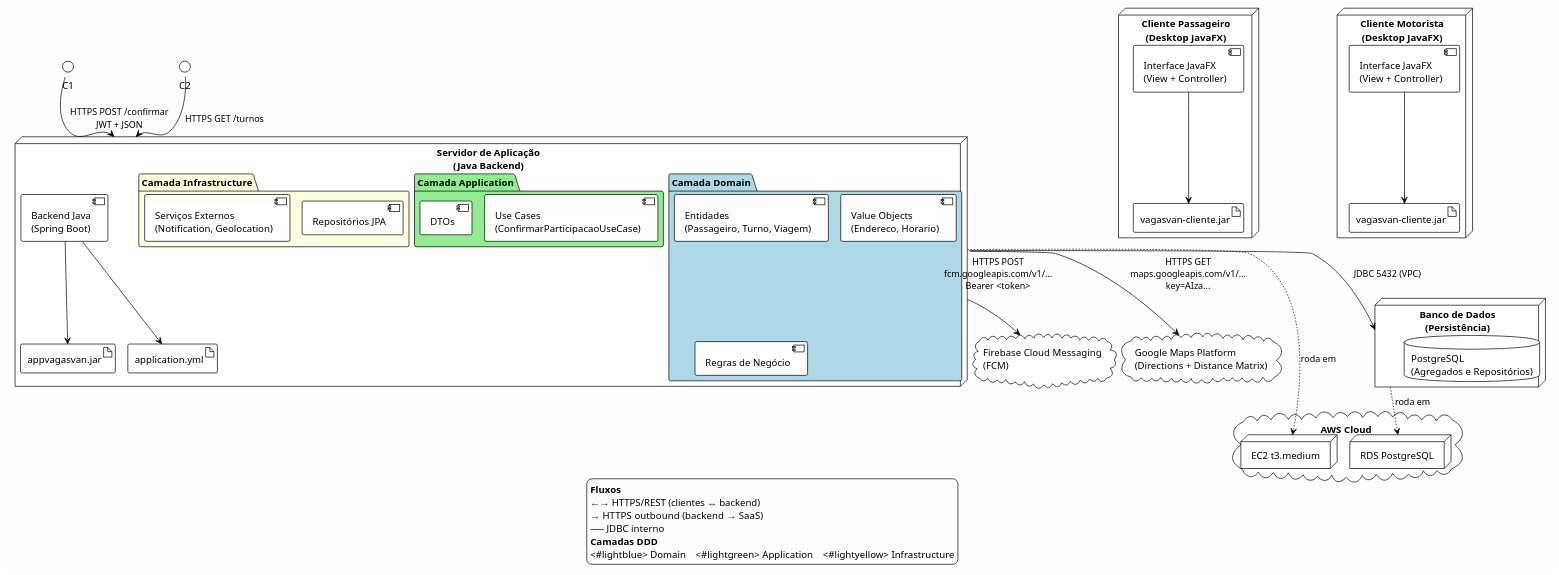
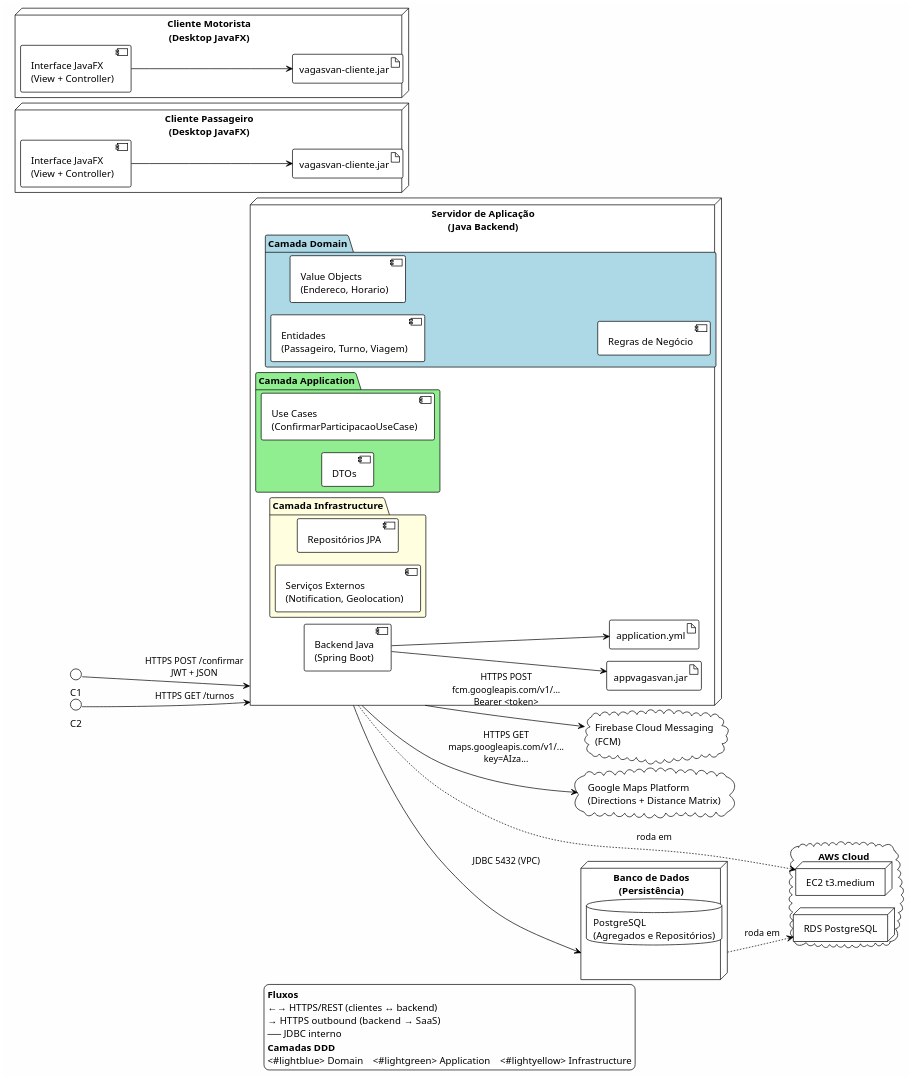
Before and after one commit to ps-es-2025-2/grupo1: the diagram in doc/DiagramFisico.plantuml, drawn with PlantUML.

Commit message:
Minor changes to improve style

```diff
--- a/doc/DiagramFisico.plantuml
+++ b/doc/DiagramFisico.plantuml
@@ -1,75 +1,77 @@
 @startuml
 !theme plain
-skinparam nodesep 60
-skinparam ranksep 80
+!pragma layout smetana
+left to right direction
+
+skinparam nodesep 70
+skinparam ranksep 90
 skinparam shadowing false
 skinparam backgroundColor #FEFEFE
 skinparam dpi 300
-!pragma layout smetana
 
 node "Cliente Passageiro\n(Desktop JavaFX)" as ClientePassageiro {
     [Interface JavaFX\n(View + Controller)] as ViewPassageiro
     artifact "vagasvan-cliente.jar" as JarPassageiro
     ViewPassageiro --> JarPassageiro
 }
 
 node "Cliente Motorista\n(Desktop JavaFX)" as ClienteMotorista {
     [Interface JavaFX\n(View + Controller)] as ViewMotorista
     artifact "vagasvan-cliente.jar" as JarMotorista
     ViewMotorista --> JarMotorista
 }
 
 node "Servidor de Aplicação\n(Java Backend)" as AppServer {
     [Backend Java\n(Spring Boot)] as Backend
     package "Camada Domain" #lightblue {
         [Entidades\n(Passageiro, Turno, Viagem)]
         [Value Objects\n(Endereco, Horario)]
         [Regras de Negócio]
     }
     package "Camada Application" #lightgreen {
         [Use Cases\n(ConfirmarParticipacaoUseCase)]
         [DTOs]
     }
     package "Camada Infrastructure" #lightyellow {
         [Repositórios JPA]
         [Serviços Externos\n(Notification, Geolocation)]
     }
     artifact "appvagasvan.jar" as JarServer
     artifact "application.yml" as ConfigServer
     Backend --> JarServer
     Backend --> ConfigServer
 }
 
 node "Banco de Dados\n(Persistência)" as DB {
     database "PostgreSQL\n(Agregados e Repositórios)" as Postgres
 }
 
 cloud "Firebase Cloud Messaging\n(FCM)" as FCM {
 }
 cloud "Google Maps Platform\n(Directions + Distance Matrix)" as GMaps {
 }
 
 C1 --> AppServer : HTTPS POST /confirmar\nJWT + JSON
 C2 --> AppServer : HTTPS GET /turnos
 AppServer --> DB : JDBC 5432 (VPC)
 
 AppServer --> FCM : HTTPS POST\nfcm.googleapis.com/v1/...\nBearer <token>
 AppServer --> GMaps : HTTPS GET\nmaps.googleapis.com/v1/...\nkey=AIza...
 
 cloud "AWS Cloud" {
     node "EC2 t3.medium" as EC2
     node "RDS PostgreSQL" as RDS
 }
 AppServer ..> EC2 : roda em
 DB ..> RDS : roda em
 
 legend bottom
   **Fluxos**
   ←→  HTTPS/REST (clientes ↔ backend)  
   →   HTTPS outbound (backend → SaaS)  
   ──  JDBC interno  
   **Camadas DDD**  
   <#lightblue> Domain <#lightgreen> Application <#lightyellow> Infrastructure
 end legend
 
 @enduml
```
